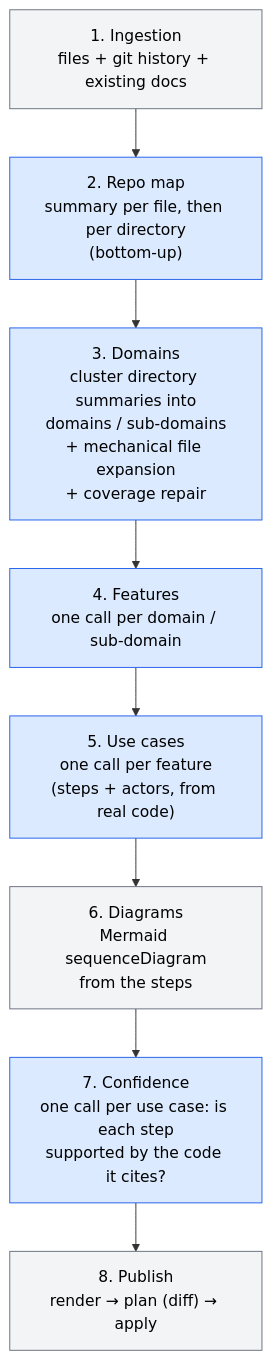
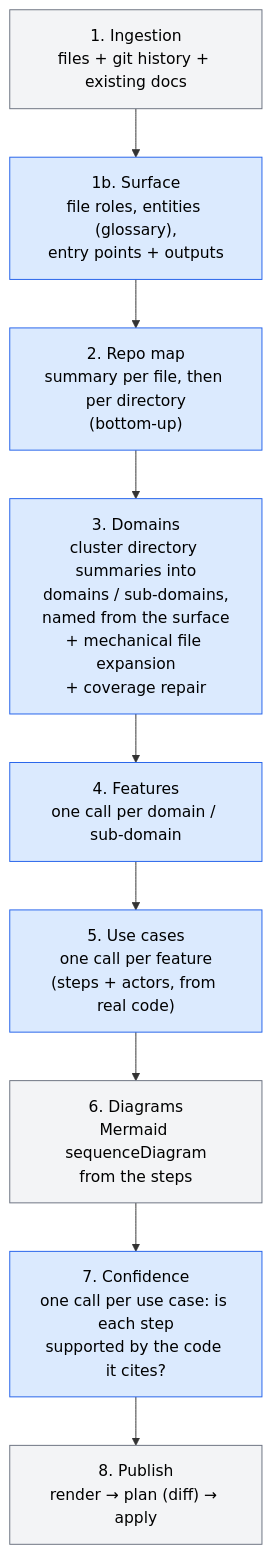
One commit to Electron-libre/RetroDoc changed the fourth of 8 diagrams in docs/ARCHITECTURE.md. Above: the diagram before and after it, drawn with Mermaid. The commit also changed other lines of this file and 15 other files, not shown here.

First line of the commit message:
feat(pipeline): add the surface pass and use case entry points

````diff
--- a/docs/ARCHITECTURE.md
+++ b/docs/ARCHITECTURE.md
@@ -84,16 +86,17 @@
 ```mermaid
 flowchart TD
     A["1. Ingestion<br/>files + git history + existing docs"]:::det
+    S["1b. Surface<br/>file roles, entities (glossary),<br/>entry points + outputs"]:::llm
     B["2. Repo map<br/>summary per file, then per directory<br/>(bottom-up)"]:::llm
-    C["3. Domains<br/>cluster directory summaries into<br/>domains / sub-domains<br/>+ mechanical file expansion<br/>+ coverage repair"]:::llm
+    C["3. Domains<br/>cluster directory summaries into<br/>domains / sub-domains,<br/>named from the surface<br/>+ mechanical file expansion<br/>+ coverage repair"]:::llm
     D["4. Features<br/>one call per domain / sub-domain"]:::llm
     E["5. Use cases<br/>one call per feature<br/>(steps + actors, from real code)"]:::llm
     F["6. Diagrams<br/>Mermaid sequenceDiagram<br/>from the steps"]:::det
     G["7. Confidence<br/>one call per use case: is each step<br/>supported by the code it cites?"]:::llm
     H["8. Publish<br/>render → plan (diff) → apply"]:::det
 
-    A --> B --> C --> D --> E --> F --> G --> H
+    A --> S --> B --> C --> D --> E --> F --> G --> H
 
     classDef llm fill:#dbeafe,stroke:#2563eb,color:#000
     classDef det fill:#f3f4f6,stroke:#6b7280,color:#000
 ```
````
